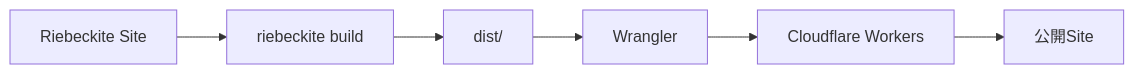
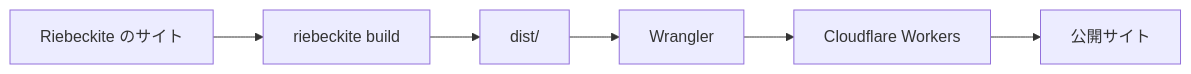
The first of 6 diagrams in docs/docs/guides/deployment/cloudflare-workers.ja.md (Rerurate514/riebeckite), drawn with Mermaid before and after one commit. The commit also changed other lines of this file and 310 other files, not shown here.

````diff
--- a/docs/docs/guides/deployment/cloudflare-workers.ja.md
+++ b/docs/docs/guides/deployment/cloudflare-workers.ja.md
@@ -13,15 +11,15 @@
 ```mermaid
 flowchart LR
-    Content["Riebeckite Site"]
+    Content["Riebeckite のサイト"]
     Build["riebeckite build"]
     Dist["dist/"]
     Wrangler["Wrangler"]
     Workers["Cloudflare Workers"]
-    Public["公開Site"]
+    Public["公開サイト"]
 
     Content --> Build
     Build --> Dist
     Dist --> Wrangler
     Wrangler --> Workers
     Workers --> Public
 ```
````
